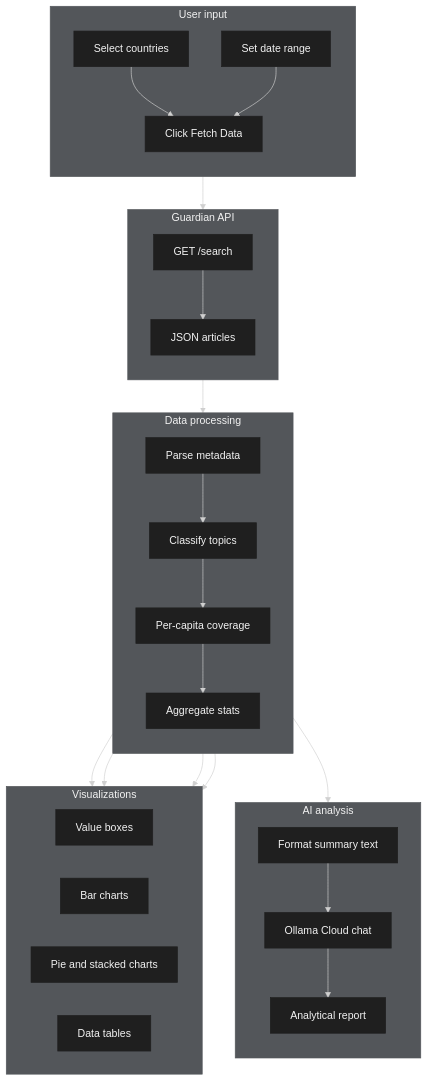
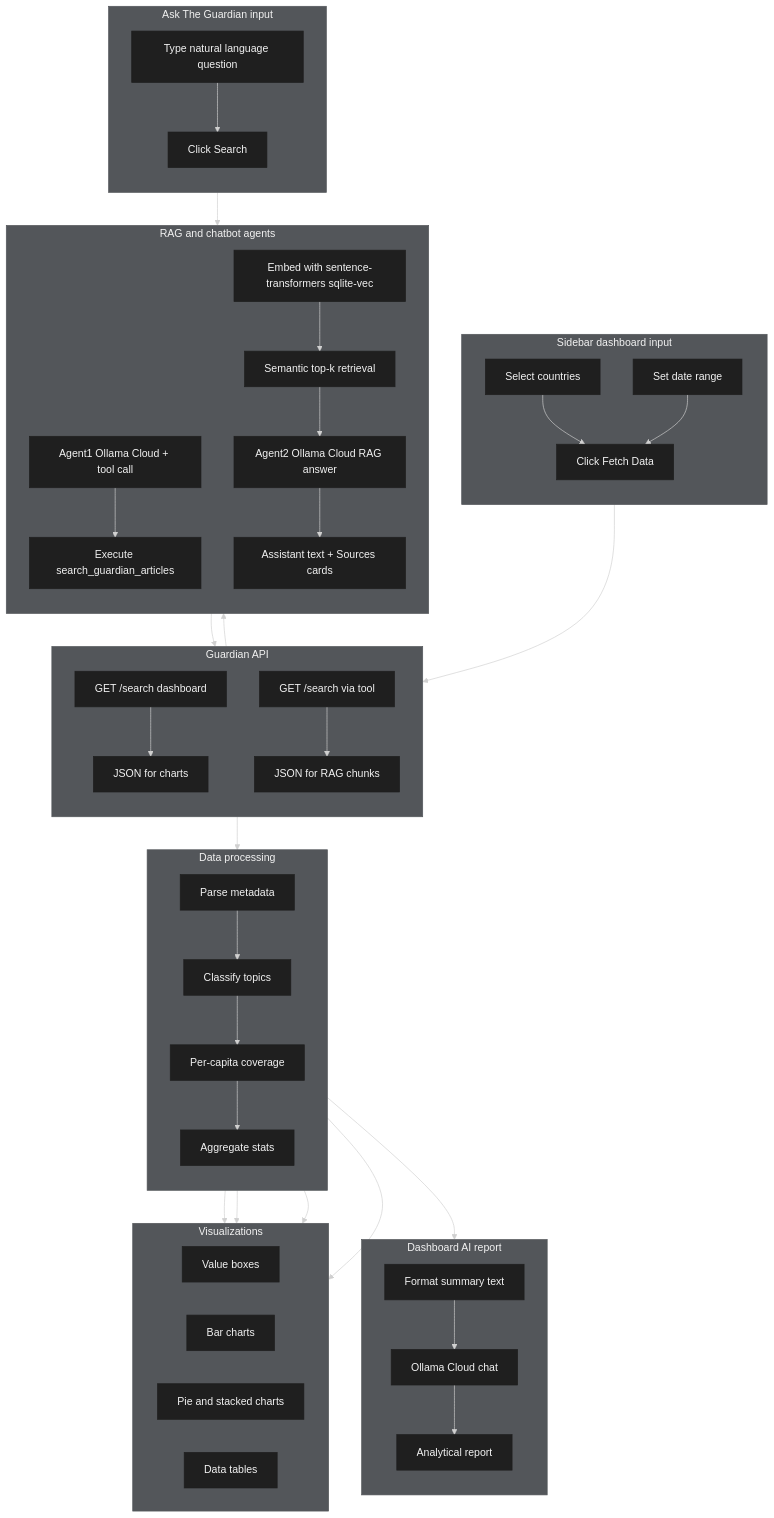
The fourth of 4 diagrams in 04_deployment/app/README.md (vvnu0/sysen5381), drawn with Mermaid before and after one commit. The commit also changed other lines of this file, not shown here.

Commit message:
Update deployment app README
Made-with: Cursor

````diff
--- a/04_deployment/app/README.md
+++ b/04_deployment/app/README.md
@@ -336,7 +336,7 @@
   }
 }}%%
 flowchart TD
-  subgraph UI[User input]
+  subgraph UI[Sidebar dashboard input]
     direction TB
     countries[Select countries]
     dates[Set date range]
@@ -346,12 +346,23 @@
     dates --> fetch
   end
 
+  subgraph ChatUI[Ask The Guardian input]
+    direction TB
+    chatQuery[Type natural language question]
+    chatSearch[Click Search]
+
+    chatQuery --> chatSearch
+  end
+
   subgraph API[Guardian API]
     direction TB
-    search[GET /search]
-    articles[JSON articles]
+    searchDash[GET /search dashboard]
+    searchTool[GET /search via tool]
+    articlesDash[JSON for charts]
+    articlesRag[JSON for RAG chunks]
 
-    search --> articles
+    searchDash --> articlesDash
+    searchTool --> articlesRag
   end
 
   subgraph DP[Data processing]
@@ -364,7 +375,24 @@
     parse --> classify --> percap --> agg
   end
 
-  subgraph AI[AI analysis]
+  subgraph RAGPipe[RAG and chatbot agents]
+    direction TB
+    agent1[Agent1 Ollama Cloud + tool call]
+    toolRun[Execute search_guardian_articles]
+    embedIdx[Embed with sentence-transformers sqlite-vec]
+    knnSearch[Semantic top-k retrieval]
+    agent2[Agent2 Ollama Cloud RAG answer]
+    chatOut[Assistant text + Sources cards]
+
+    agent1 --> toolRun
+    toolRun --> searchTool
+    articlesRag --> embedIdx
+    embedIdx --> knnSearch
+    knnSearch --> agent2
+    agent2 --> chatOut
+  end
+
+  subgraph AI[Dashboard AI report]
     direction TB
     format[Format summary text]
     ollama[Ollama Cloud chat]
@@ -381,8 +409,10 @@
     table[Data tables]
   end
 
-  fetch --> search
-  articles --> parse
+  fetch --> searchDash
+  articlesDash --> parse
+
+  chatSearch --> agent1
 
   agg --> format
   agg --> value
@@ -391,11 +421,13 @@
   agg --> table
 
   classDef node fill:#1f1f1f,stroke:#1f1f1f,color:#f2f2f2;
-  class countries,dates,fetch,search,articles,parse,classify,percap,agg,format,ollama,report,value,bar,pie,table node;
+  class countries,dates,fetch,chatQuery,chatSearch,searchDash,searchTool,articlesDash,articlesRag,parse,classify,percap,agg,agent1,toolRun,embedIdx,knnSearch,agent2,chatOut,format,ollama,report,value,bar,pie,table node;
 
   style UI fill:#53565a,stroke:#53565a,color:#f2f2f2
+  style ChatUI fill:#53565a,stroke:#53565a,color:#f2f2f2
   style API fill:#53565a,stroke:#53565a,color:#f2f2f2
   style DP fill:#53565a,stroke:#53565a,color:#f2f2f2
+  style RAGPipe fill:#53565a,stroke:#53565a,color:#f2f2f2
   style AI fill:#53565a,stroke:#53565a,color:#f2f2f2
   style VIZ fill:#53565a,stroke:#53565a,color:#f2f2f2
 ```
````
